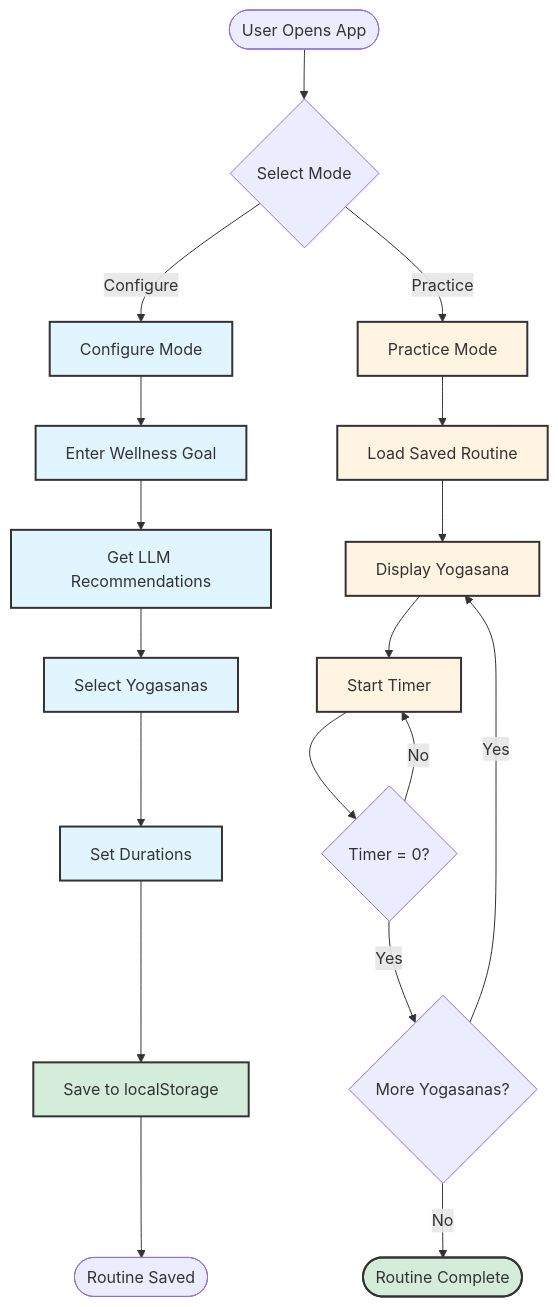
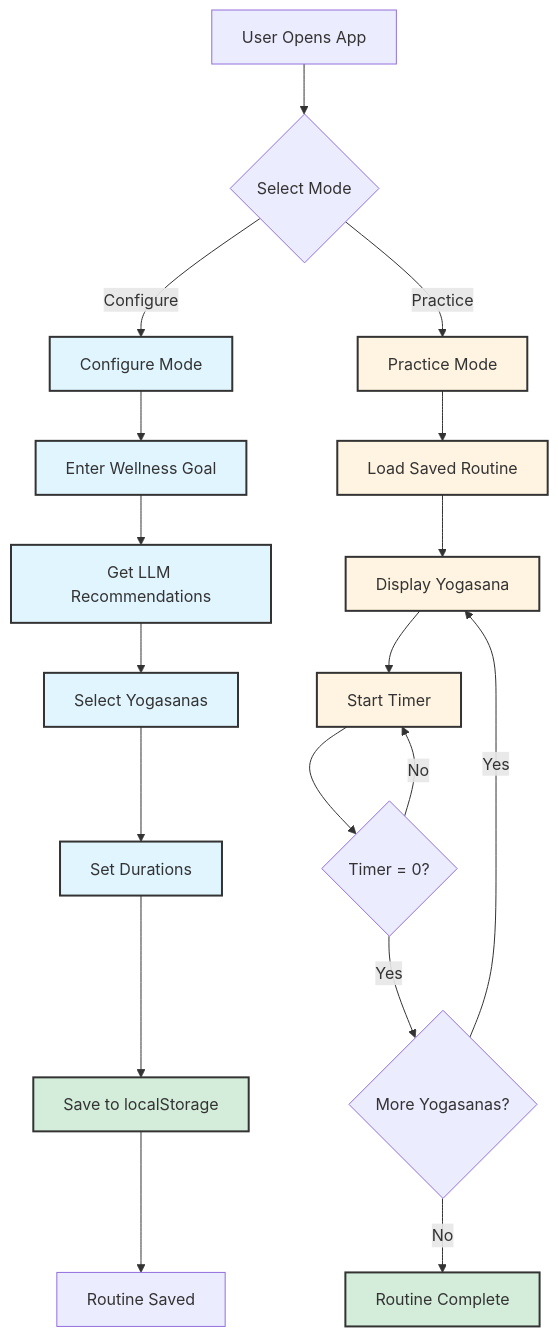
Before and after one commit to Roopesht/codeexamples: the first of 8 diagrams in projects/wellness_guide/architecture.md, drawn with Mermaid.

````diff
--- a/projects/wellness_guide/architecture.md
+++ b/projects/wellness_guide/architecture.md
@@ -5,30 +5,30 @@
 ```mermaid
 graph TD
-    Start([User Opens App]) --> ModeSelect{Select Mode}
-    ModeSelect -->|Configure| ConfigMode[Configure Mode]
-    ModeSelect -->|Practice| PracticeMode[Practice Mode]
+    Start["User Opens App"] --> ModeSelect{"Select Mode"}
+    ModeSelect -->|Configure| ConfigMode["Configure Mode"]
+    ModeSelect -->|Practice| PracticeMode["Practice Mode"]
     
-    ConfigMode --> EnterGoal[Enter Wellness Goal]
-    EnterGoal --> GetRecs[Get LLM Recommendations]
-    GetRecs --> SelectYoga[Select Yogasanas]
-    SelectYoga --> SetDuration[Set Durations]
-    SetDuration --> SaveRoutine[Save to localStorage]
-    SaveRoutine --> Done1([Routine Saved])
+    ConfigMode --> EnterGoal["Enter Wellness Goal"]
+    EnterGoal --> GetRecs["Get LLM Recommendations"]
+    GetRecs --> SelectYoga["Select Yogasanas"]
+    SelectYoga --> SetDuration["Set Durations"]
+    SetDuration --> SaveRoutine["Save to localStorage"]
+    SaveRoutine --> Done1["Routine Saved"]
     
-    PracticeMode --> LoadRoutine[Load Saved Routine]
-    LoadRoutine --> DisplayYoga[Display Yogasana]
-    DisplayYoga --> StartTimer[Start Timer]
-    StartTimer --> TimerDone{Timer = 0?}
+    PracticeMode --> LoadRoutine["Load Saved Routine"]
+    LoadRoutine --> DisplayYoga["Display Yogasana"]
+    DisplayYoga --> StartTimer["Start Timer"]
+    StartTimer --> TimerDone{"Timer = 0?"}
     TimerDone -->|No| StartTimer
-    TimerDone -->|Yes| MoreYoga{More Yogasanas?}
+    TimerDone -->|Yes| MoreYoga{"More Yogasanas?"}
     MoreYoga -->|Yes| DisplayYoga
-    MoreYoga -->|No| Complete([Routine Complete])
+    MoreYoga -->|No| Complete["Routine Complete"]
     
     classDef configStyle fill:#e1f5ff,stroke:#333,stroke-width:2px
     classDef practiceStyle fill:#fff4e1,stroke:#333,stroke-width:2px
     classDef successStyle fill:#d4edda,stroke:#333,stroke-width:2px
     
     class ConfigMode,EnterGoal,GetRecs,SelectYoga,SetDuration configStyle
     class PracticeMode,LoadRoutine,DisplayYoga,StartTimer practiceStyle
     class SaveRoutine,Complete successStyle
 ```
````
